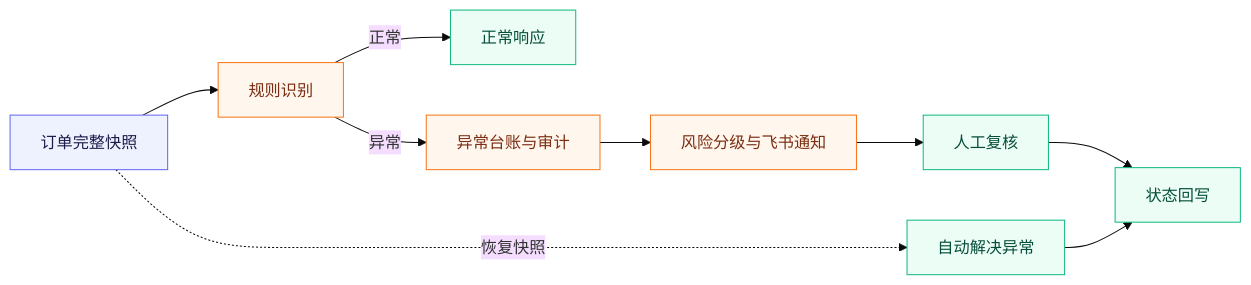
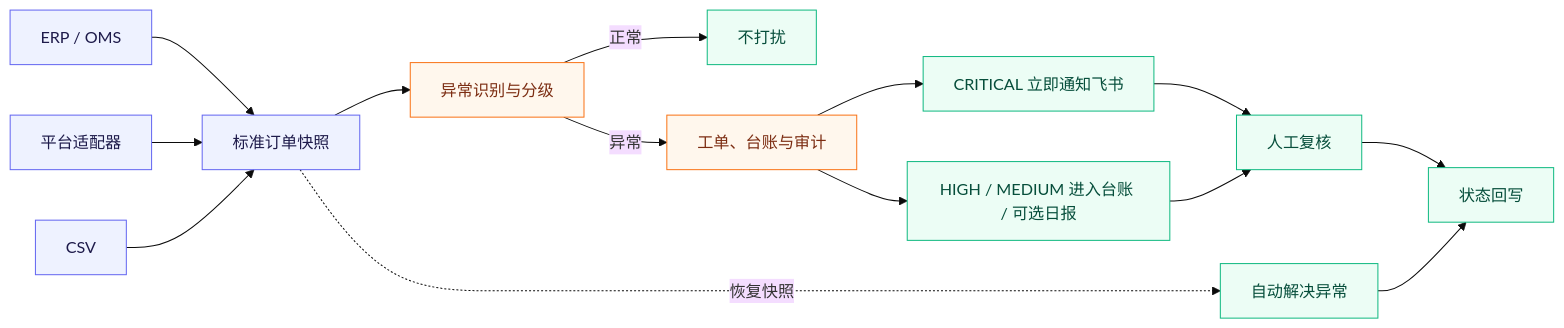
Before and after one commit to 718232157/ecommerce-order-exception-automation: the diagram in README.md, drawn with Mermaid (base theme). The commit also changed other lines of this file, not shown here.

````diff
--- a/README.md
+++ b/README.md
@@ -15,18 +17,23 @@
 ```mermaid
 flowchart LR
-    A["订单完整快照"] --> B["规则识别"]
-    B -- "正常" --> C["正常响应"]
-    B -- "异常" --> D["异常台账与审计"]
-    D --> E["风险分级与飞书通知"]
-    E --> F["人工复核"]
-    F --> G["状态回写"]
-    A -. "恢复快照" .-> H["自动解决异常"]
-    H --> G
+    A1["ERP / OMS"] --> B["标准订单快照"]
+    A2["平台适配器"] --> B
+    A3["CSV"] --> B
+    B --> C["异常识别与分级"]
+    C -- "正常" --> D["不打扰"]
+    C -- "异常" --> E["工单、台账与审计"]
+    E --> F["CRITICAL 立即通知飞书"]
+    E --> G["HIGH / MEDIUM 进入台账 / 可选日报"]
+    F --> H["人工复核"]
+    G --> H
+    B -. "恢复快照" .-> I["自动解决异常"]
+    H --> J["状态回写"]
+    I --> J
 
     classDef input fill:#eef2ff,stroke:#6366f1,color:#1e1b4b;
     classDef core fill:#fff7ed,stroke:#f97316,color:#7c2d12;
     classDef action fill:#ecfdf5,stroke:#10b981,color:#064e3b;
-    class A input;
-    class B,D,E core;
-    class C,F,G,H action;
+    class A1,A2,A3,B input;
+    class C,E core;
+    class D,F,G,H,I,J action;
 ```
````
